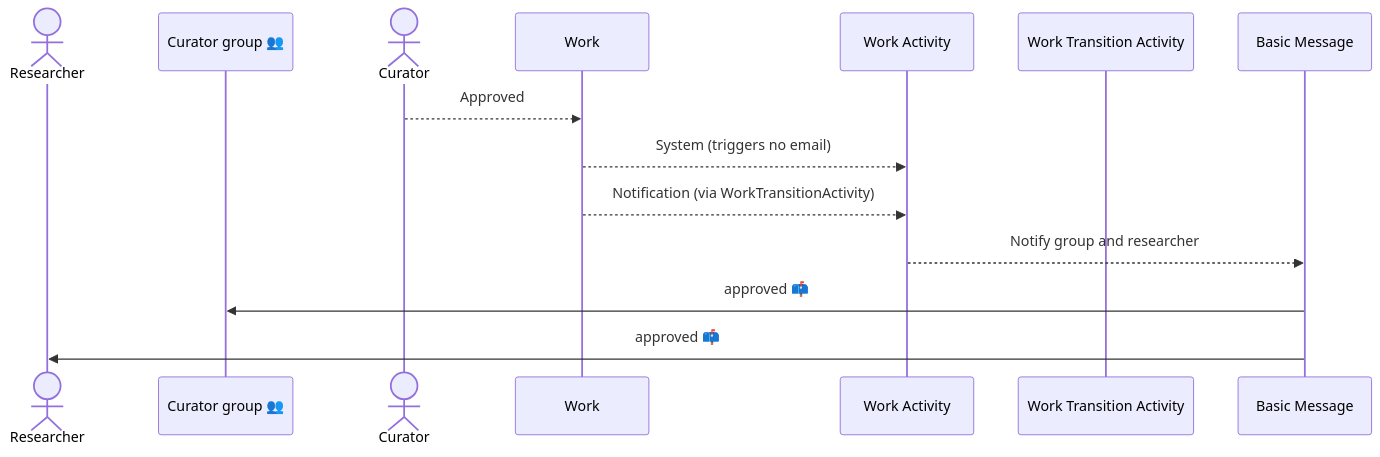
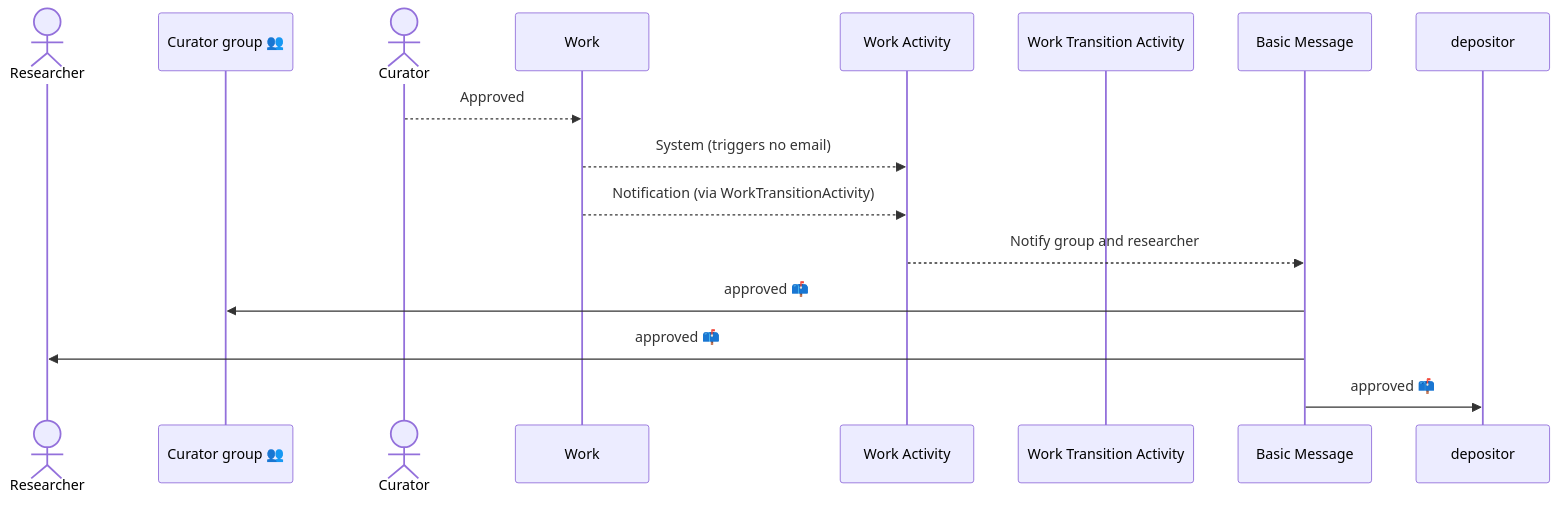
The ninth of 10 diagrams in docs/mail.md (pulibrary/pdc_describe), drawn with Mermaid before and after one commit. The commit also changed 4 other files, not shown here.

````diff
--- a/docs/mail.md
+++ b/docs/mail.md
@@ -118,16 +118,17 @@
 ```mermaid
 sequenceDiagram
     actor researcher as Researcher
     participant curators as Curator group 👥
     actor curator as Curator
     participant work as Work
     participant activity as Work Activity
     participant transition as Work Transition Activity
     participant basic as Basic Message
     curator-->>work: Approved
     work-->>activity: System (triggers no email)
     work-->>activity: Notification (via WorkTransitionActivity)
     activity-->>basic: Notify group and researcher
     basic->>curators: approved 📫
     basic->>researcher: approved 📫
+    basic->>depositor: approved 📫
 ```
````
